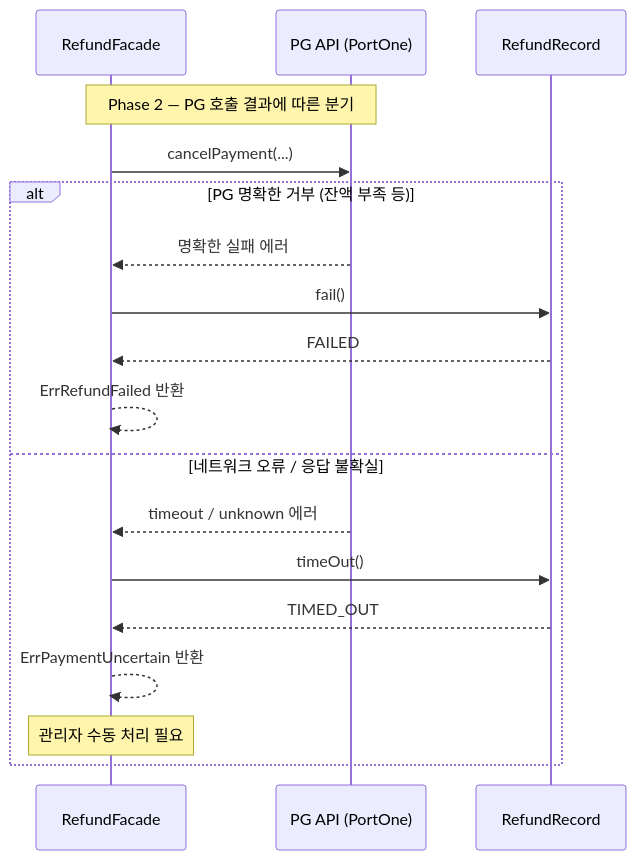
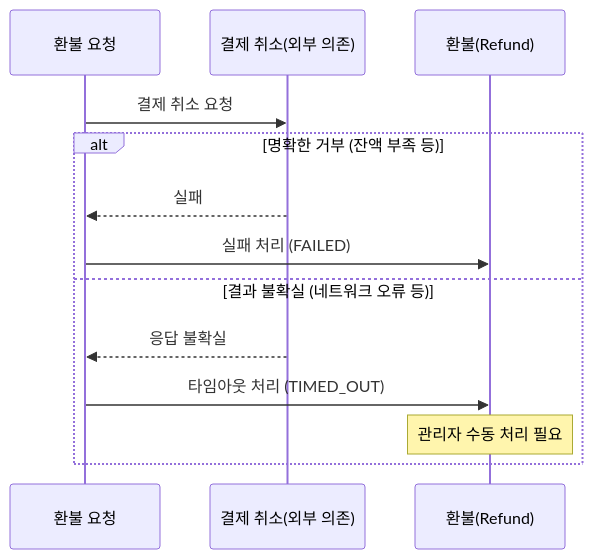
One commit to woong7361/architecture-thinking changed the second of 2 diagrams in task1/refund_design.md. Above: the diagram before and after it, drawn with Mermaid. The commit also changed other lines of this file and 24 other files, not shown here.

````diff
--- a/task1/refund_design.md
+++ b/task1/refund_design.md
@@ -96,23 +63,17 @@
 ```mermaid
 sequenceDiagram
-    participant RefundFacade
-    participant PG as PG API (PortOne)
-    participant RefundRecord
+    participant 요청 as 환불 요청
+    participant 외부 as 결제 취소(외부 의존)
+    participant 환불 as 환불(Refund)
 
-    Note over RefundFacade,PG: Phase 2 — PG 호출 결과에 따른 분기
+    요청->>외부: 결제 취소 요청
 
-    RefundFacade->>PG: cancelPayment(...)
-
-    alt PG 명확한 거부 (잔액 부족 등)
-        PG-->>RefundFacade: 명확한 실패 에러
-        RefundFacade->>RefundRecord: fail()
-        RefundRecord-->>RefundFacade: FAILED
-        RefundFacade-->>RefundFacade: ErrRefundFailed 반환
-    else 네트워크 오류 / 응답 불확실
-        PG-->>RefundFacade: timeout / unknown 에러
-        RefundFacade->>RefundRecord: timeOut()
-        RefundRecord-->>RefundFacade: TIMED_OUT
-        RefundFacade-->>RefundFacade: ErrPaymentUncertain 반환
-        Note over RefundFacade: 관리자 수동 처리 필요
+    alt 명확한 거부 (잔액 부족 등)
+        외부-->>요청: 실패
+        요청->>환불: 실패 처리 (FAILED)
+    else 결과 불확실 (네트워크 오류 등)
+        외부-->>요청: 응답 불확실
+        요청->>환불: 타임아웃 처리 (TIMED_OUT)
+        Note over 환불: 관리자 수동 처리 필요
     end
 ```
````
